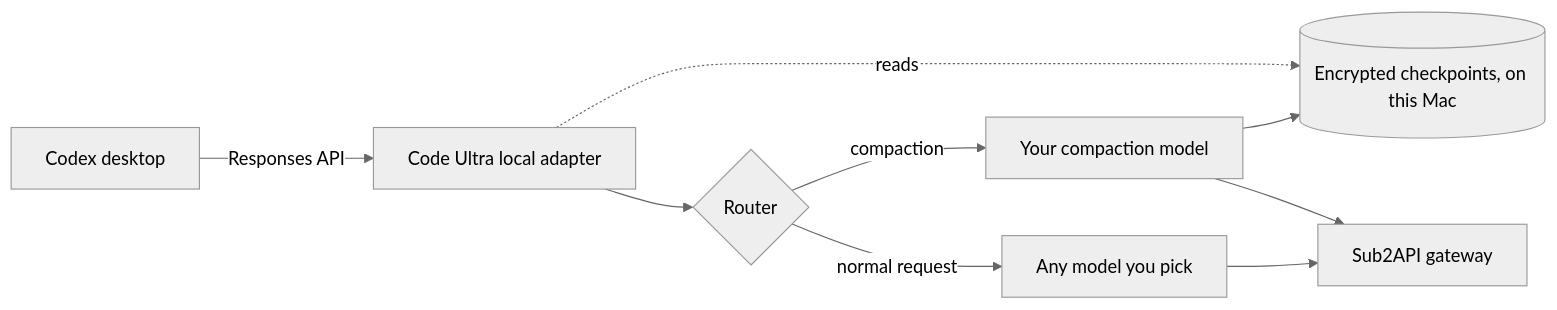
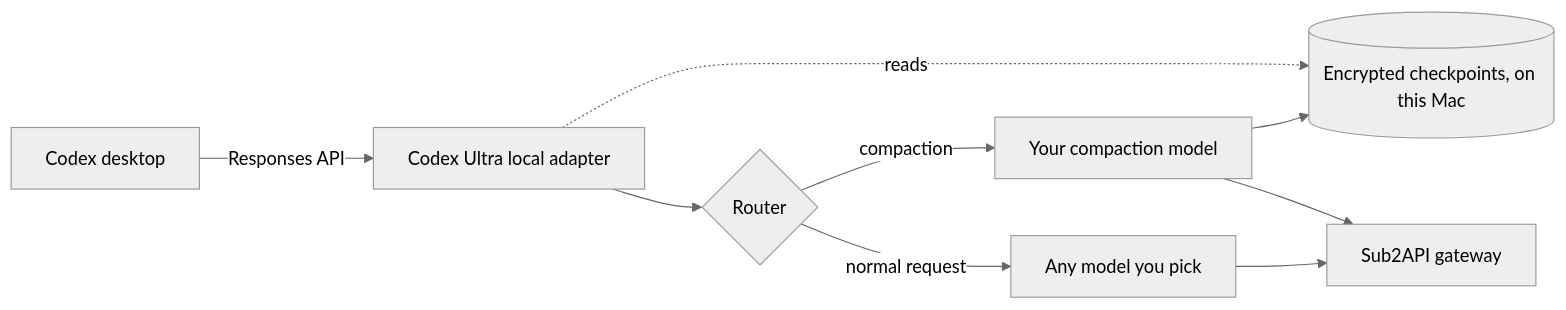
The diagram in README.en.md (noonwake-ai/codex-ultra), drawn with Mermaid (neutral theme) before and after one commit. The commit also changed other lines of this file and 12 other files, not shown here.

First line of the commit message:
refactor: rename the project to Codex Ultra

````diff
--- a/README.en.md
+++ b/README.en.md
@@ -145,11 +145,11 @@
 ```mermaid
 flowchart LR
-    A[Codex desktop] -->|Responses API| B[Code Ultra local adapter]
+    A[Codex desktop] -->|Responses API| B[Codex Ultra local adapter]
     B --> C{Router}
     C -->|compaction| D[Your compaction model]
     C -->|normal request| E[Any model you pick]
     D --> F[(Encrypted checkpoints, on this Mac)]
     B -.reads.-> F
     E --> G[Sub2API gateway]
     D --> G
 ```
````
